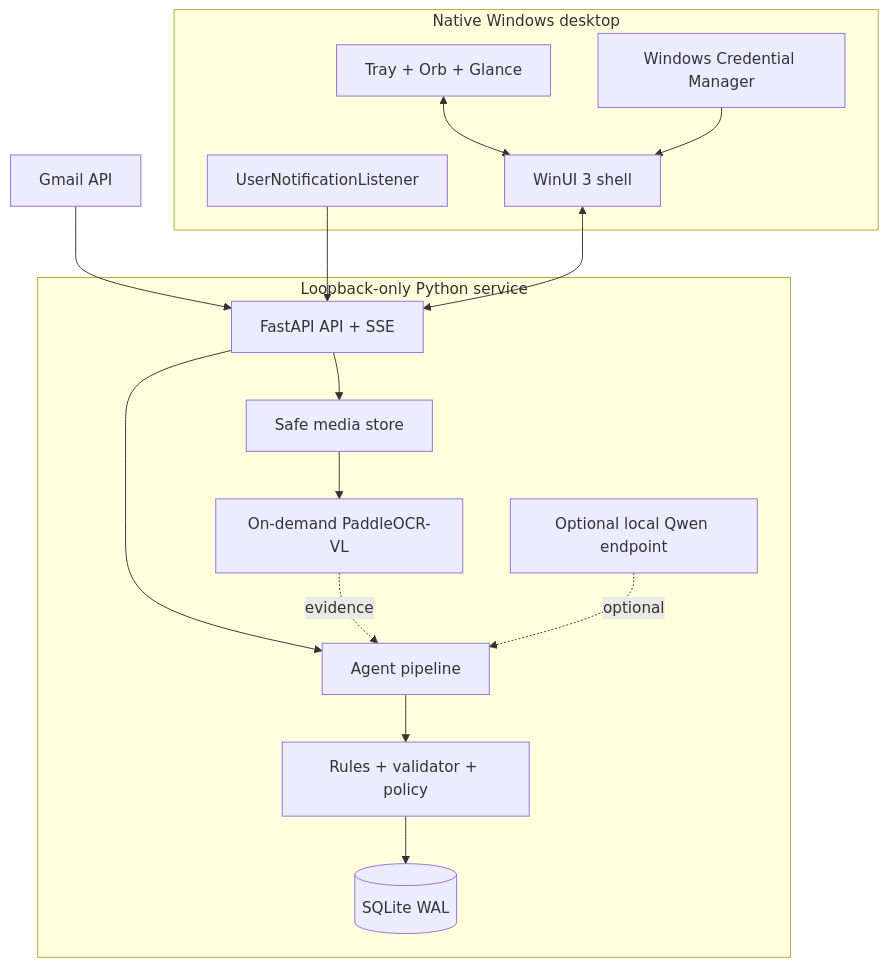
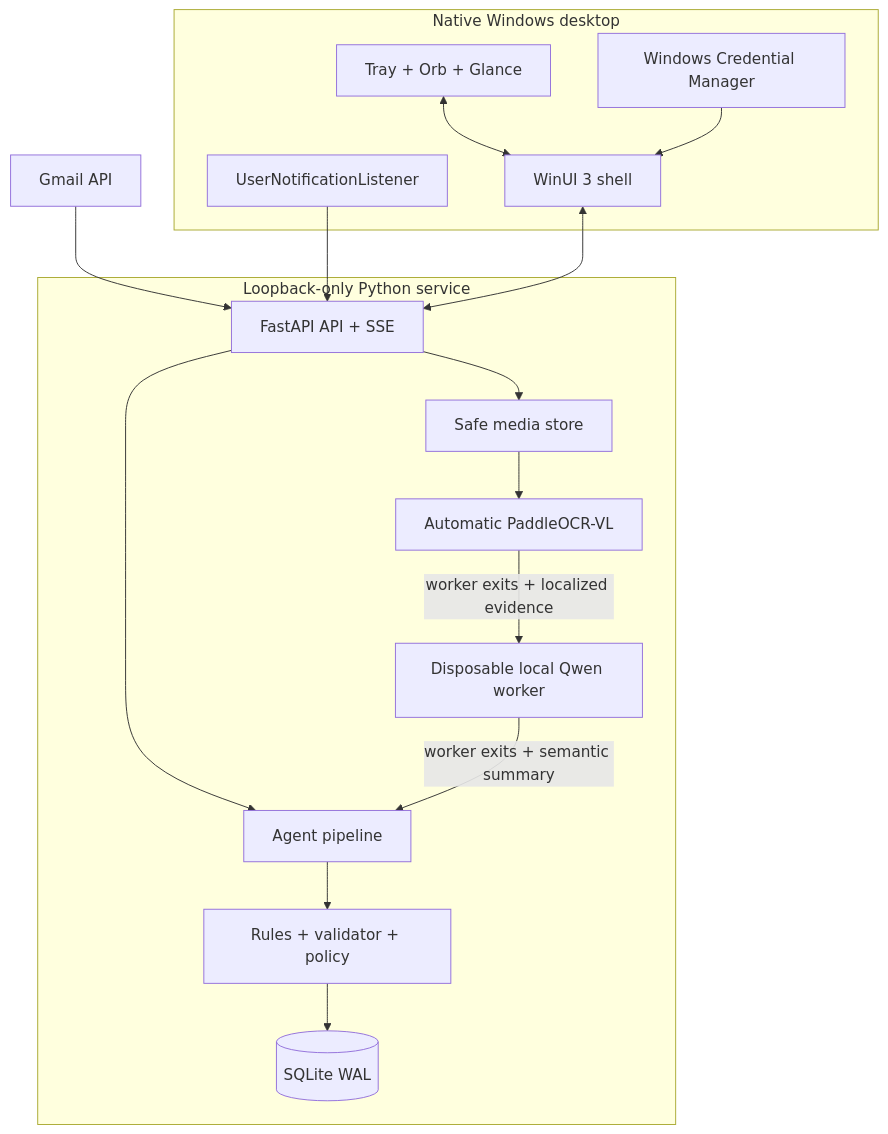
Before and after one commit to hanklin9188/Signal-Desk-Agent: the second of 2 diagrams in README.md, drawn with Mermaid. The commit also changed other lines of this file and 41 other files, not shown here.

````diff
--- a/README.md
+++ b/README.md
@@ -78,29 +78,29 @@
 ```mermaid
 flowchart TB
     subgraph Windows[Native Windows desktop]
         Shell[WinUI 3 shell]
         Listener[UserNotificationListener]
         Tray[Tray + Orb + Glance]
         Vault[Windows Credential Manager]
     end
 
     subgraph Local[Loopback-only Python service]
         API[FastAPI API + SSE]
         Pipeline[Agent pipeline]
         Rules[Rules + validator + policy]
         Store[(SQLite WAL)]
-        Model[Optional local Qwen endpoint]
+        Model[Disposable local Qwen worker]
         Media[Safe media store]
-        OCR[On-demand PaddleOCR-VL]
+        OCR[Automatic PaddleOCR-VL]
     end
 
     Gmail[Gmail API] --> API
     Listener --> API
     Shell <--> API
     Tray <--> Shell
     Vault --> Shell
     API --> Pipeline --> Rules --> Store
     API --> Media --> OCR
-    OCR -. evidence .-> Pipeline
-    Model -. optional .-> Pipeline
+    OCR -->|worker exits + localized evidence| Model
+    Model -->|worker exits + semantic summary| Pipeline
 ```
````
